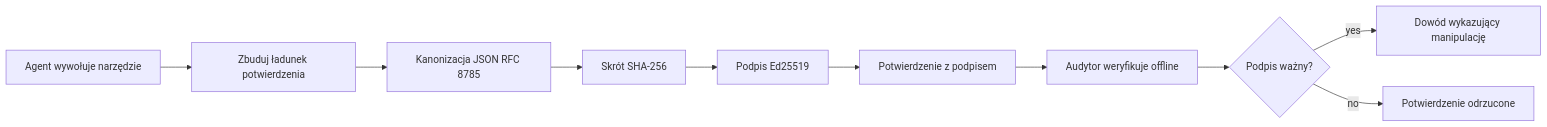
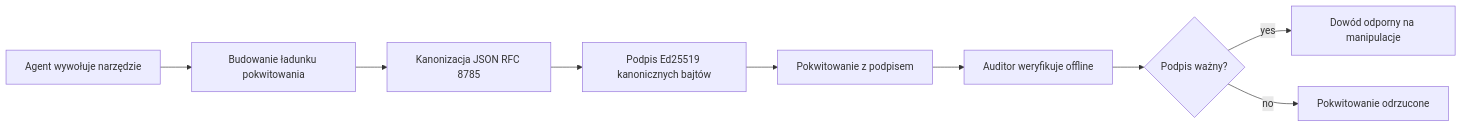
The first of 2 diagrams in translations/pl/18-securing-ai-agents/README.md (microsoft/ai-agents-for-beginners), drawn with Mermaid before and after one commit. The commit also changed other lines of this file and 47 other files, not shown here.

````diff
--- a/translations/pl/18-securing-ai-agents/README.md
+++ b/translations/pl/18-securing-ai-agents/README.md
@@ -51,12 +51,11 @@
 ```mermaid
 flowchart LR
-    A[Agent wywołuje narzędzie] --> B[Zbuduj ładunek potwierdzenia]
+    A[Agent wywołuje narzędzie] --> B[Budowanie ładunku pokwitowania]
     B --> C[Kanonizacja JSON RFC 8785]
-    C --> D[Skrót SHA-256]
-    D --> E[Podpis Ed25519]
-    E --> F[Potwierdzenie z podpisem]
-    F --> G[Audytor weryfikuje offline]
+    C --> E[Podpis Ed25519 kanonicznych bajtów]
+    E --> F[Pokwitowanie z podpisem]
+    F --> G[Auditor weryfikuje offline]
     G --> H{Podpis ważny?}
-    H -- yes --> I[Dowód wykazujący manipulację]
-    H -- no --> J[Potwierdzenie odrzucone]
+    H -- yes --> I[Dowód odporny na manipulacje]
+    H -- no --> J[Pokwitowanie odrzucone]
 ```
````
